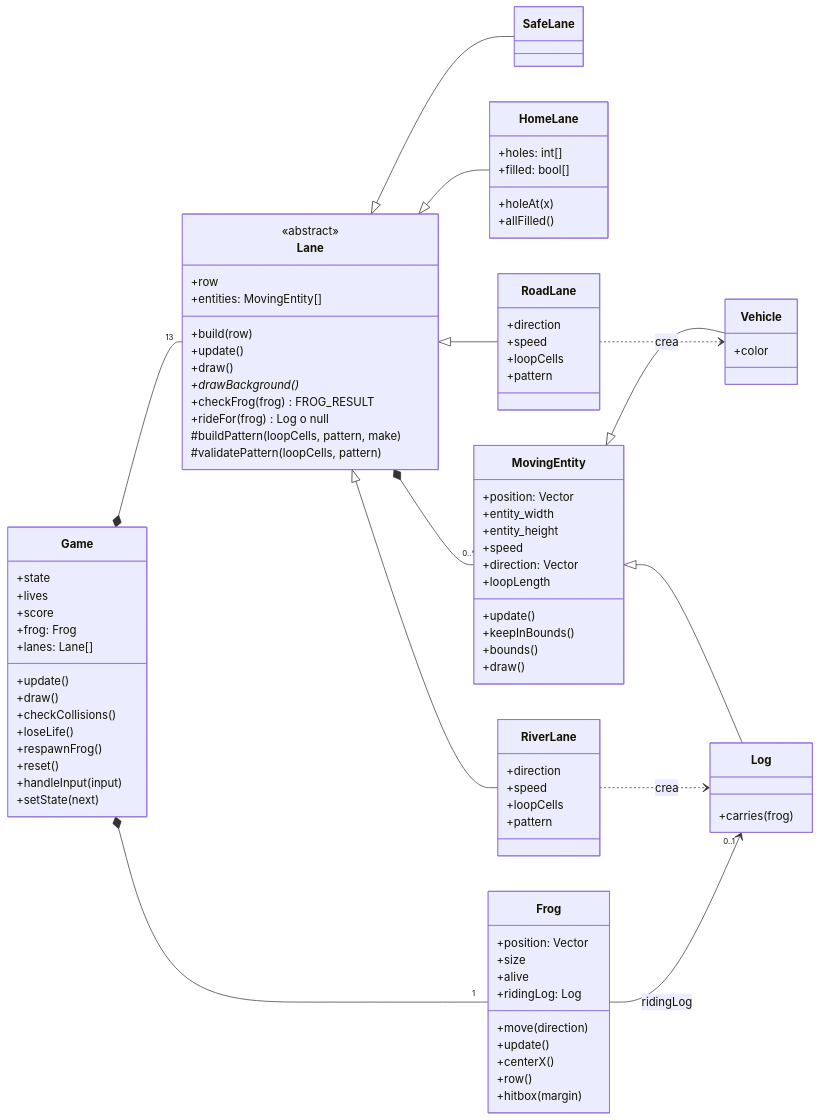
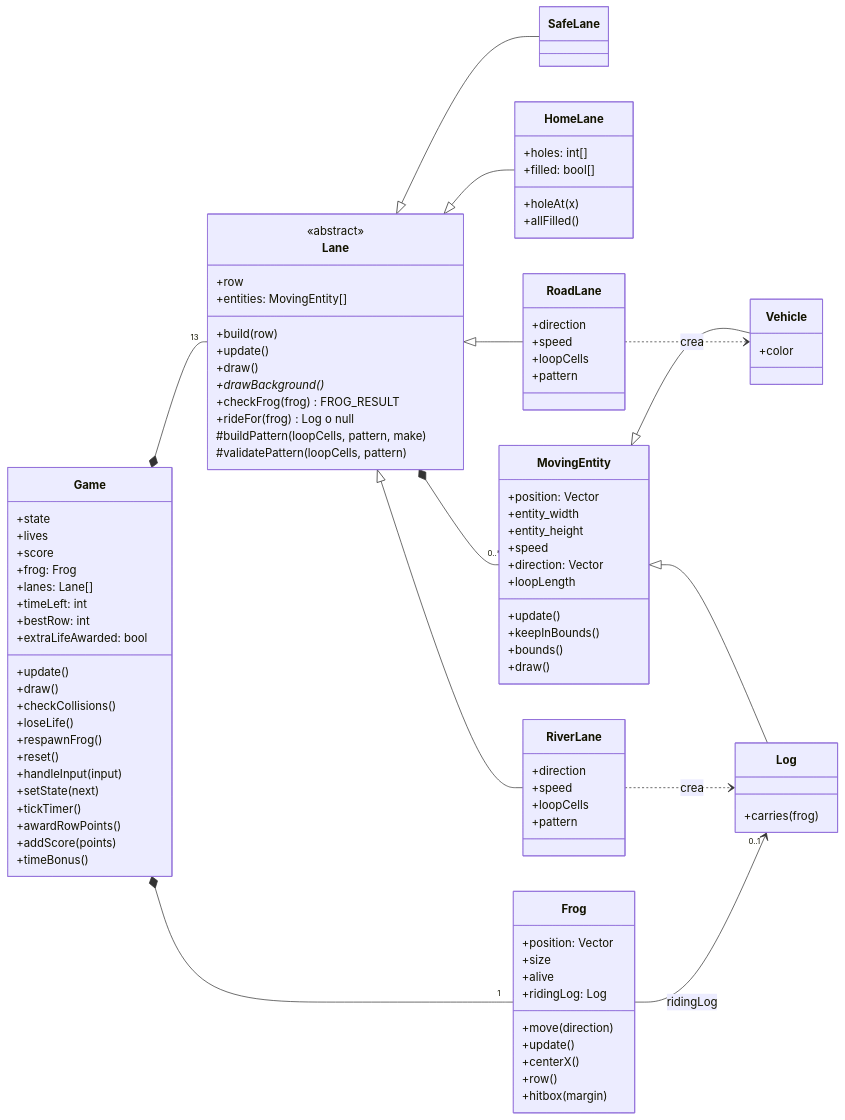
Before and after one commit to ShryhakAkizuki/Frogger-Visual_Computing_2026-II: the first of 3 diagrams in docs/ARQUITECTURA.md, drawn with Mermaid. The commit also changed other lines of this file and 3 other files, not shown here.

Commit message:
Life timer, Scoring rules and Extra Life

```diff
--- a/docs/ARQUITECTURA.md
+++ b/docs/ARQUITECTURA.md
@@ -136,6 +135,9 @@
         +score
         +frog: Frog
         +lanes: Lane[]
+        +timeLeft: int
+        +bestRow: int
+        +extraLifeAwarded: bool
         +update()
         +draw()
         +checkCollisions()
@@ -144,6 +146,10 @@
         +reset()
         +handleInput(input)
         +setState(next)
+        +tickTimer()
+        +awardRowPoints()
+        +addScore(points)
+        +timeBonus()
     }
 
     class Lane {
```
